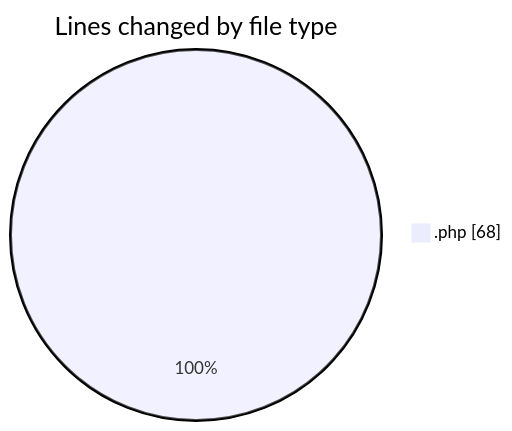
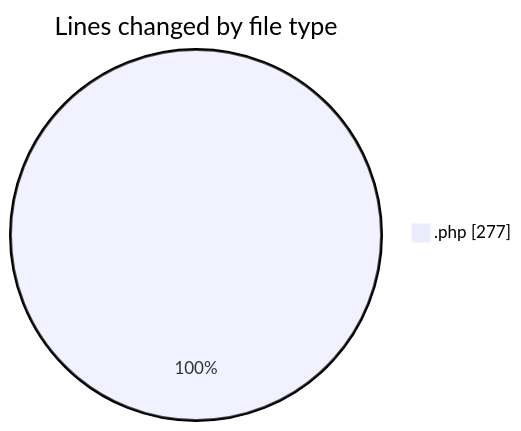
The first of 2 diagrams in 2025-03-18/web/README.md (LanceThiago/code-tracking), drawn with Mermaid before and after one commit. The commit also changed other lines of this file and 1 other file, not shown here.

````diff
--- a/2025-03-18/web/README.md
+++ b/2025-03-18/web/README.md
@@ -20,5 +21,5 @@
 ```mermaid
 pie showData
 title Lines changed by file type
-".php" : 68
+".php" : 277
 ```
````
